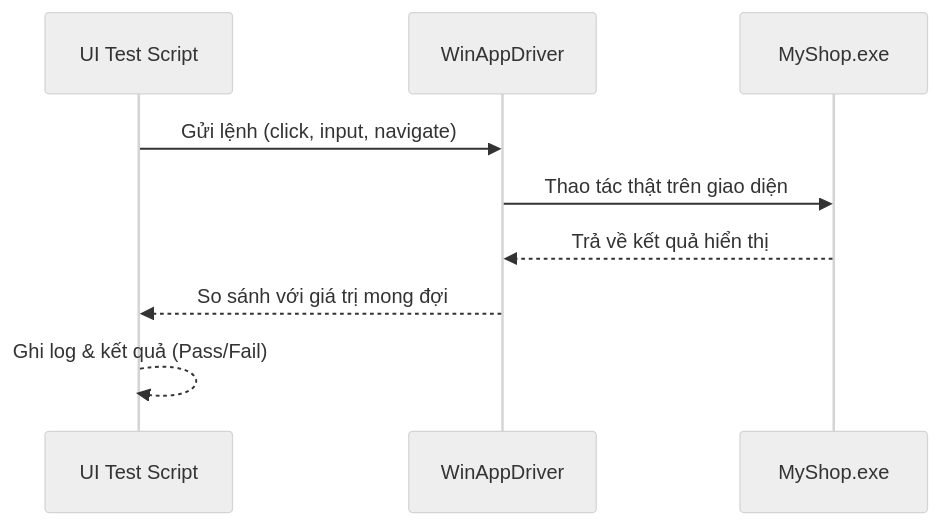
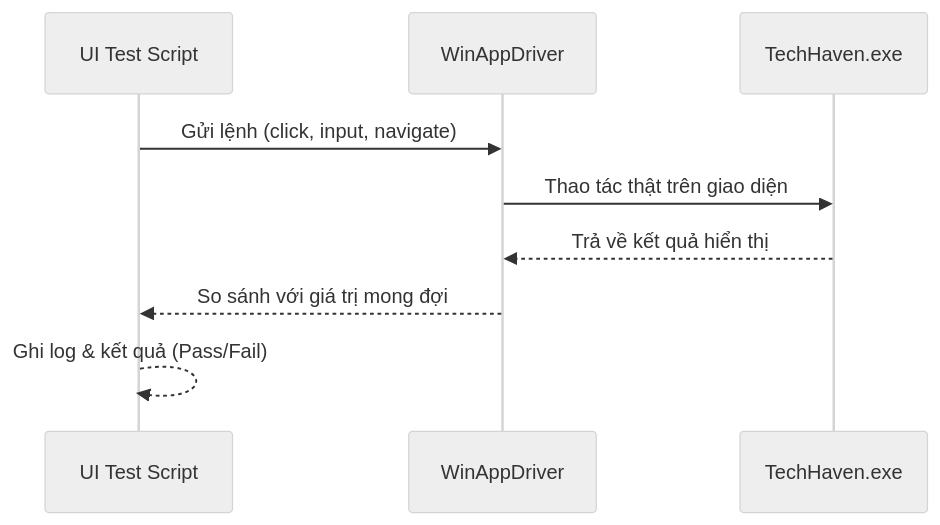
The fourth of 4 diagrams in project_proposals/project_proposal_1.md (tranquocvy/window-shop-docs), drawn with Mermaid (neutral theme) before and after one commit. The commit also changed other lines of this file and 1 other file, not shown here.

Commit message:
update software architecture and project structure convention

````diff
--- a/project_proposals/project_proposal_1.md
+++ b/project_proposals/project_proposal_1.md
@@ -764,11 +926,11 @@
 ```mermaid
 sequenceDiagram
     participant Tester as UI Test Script
     participant WinAppDriver as WinAppDriver
-    participant App as MyShop.exe
+    participant App as TechHaven.exe
     Tester->>WinAppDriver: Gửi lệnh (click, input, navigate)
     WinAppDriver->>App: Thao tác thật trên giao diện
     App-->>WinAppDriver: Trả về kết quả hiển thị
     WinAppDriver-->>Tester: So sánh với giá trị mong đợi
     Tester-->>Tester: Ghi log & kết quả (Pass/Fail)
 ```
````
